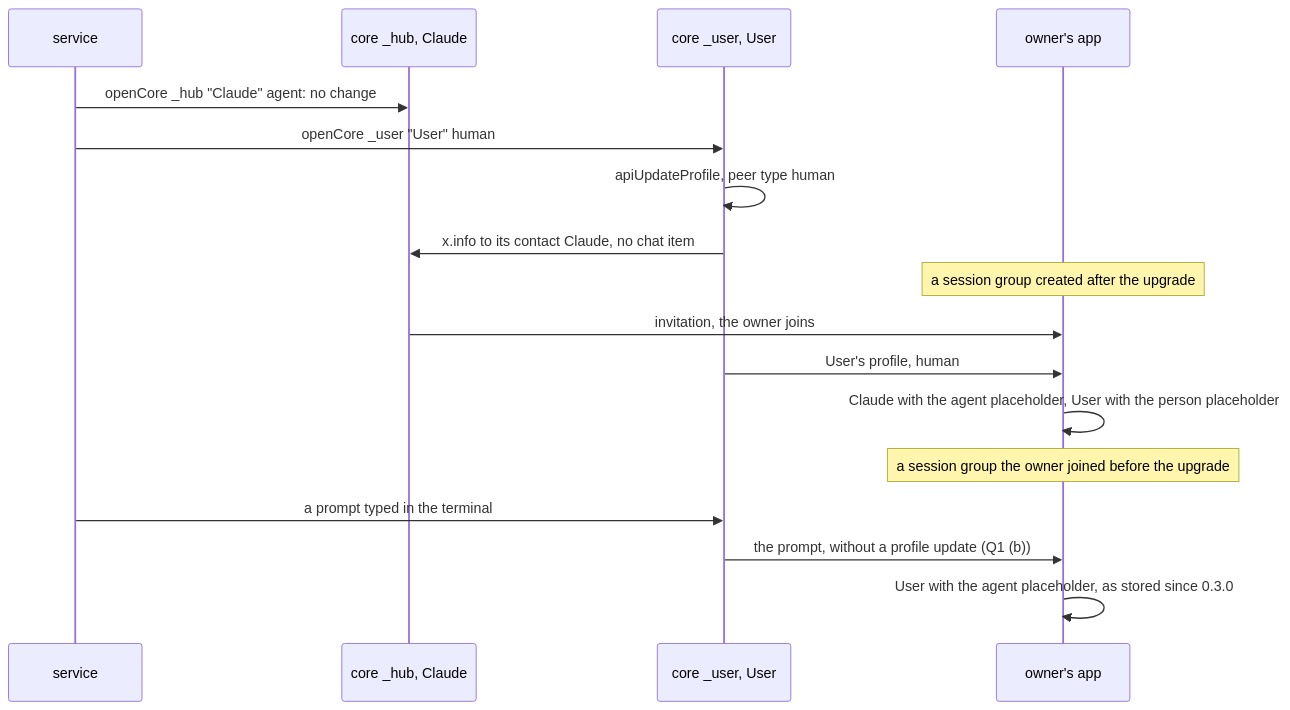
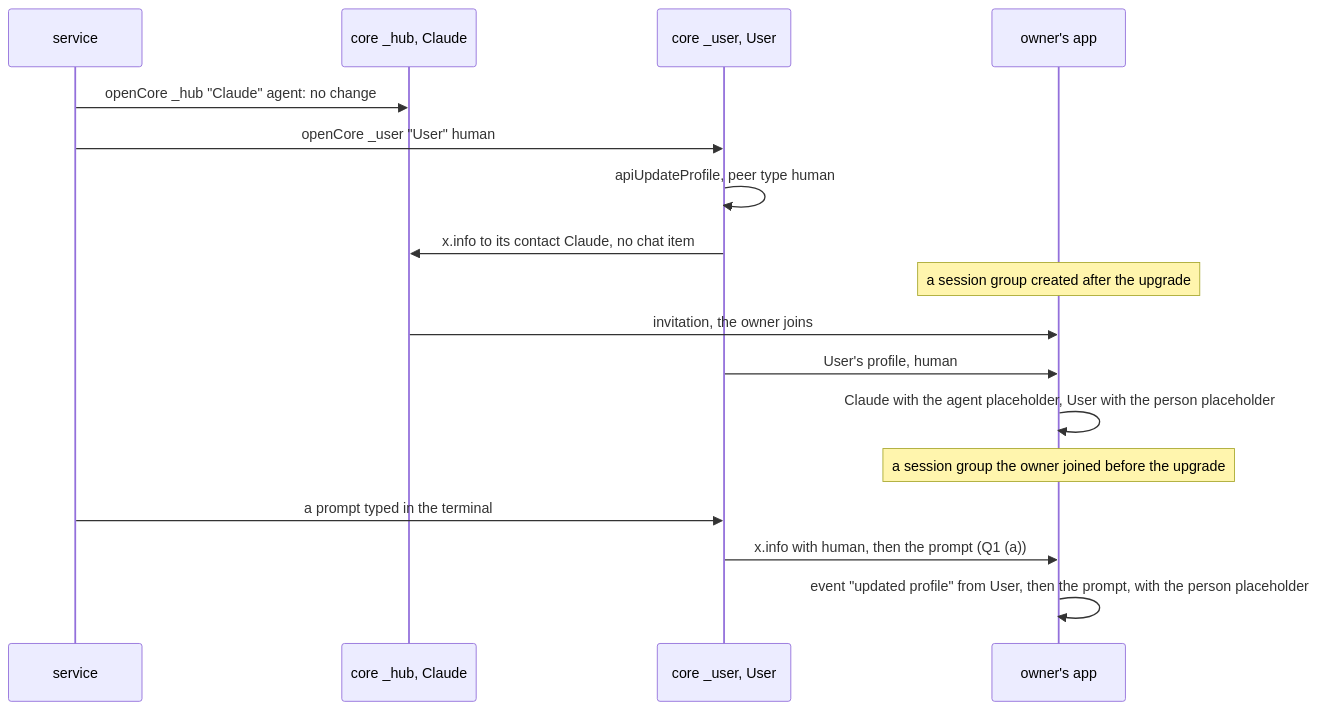
Before and after one commit to simplex-chat/simplex-chat: the first of 2 diagrams in plans/2026-11-12-mcp-agent-profile.md, drawn with Mermaid. The commit also changed other lines of this file, not shown here.

Commit message:
plan: mcp-agent-profile, Q1 (a)

````diff
--- a/plans/2026-11-12-mcp-agent-profile.md
+++ b/plans/2026-11-12-mcp-agent-profile.md
@@ -89,19 +91,19 @@
 ```mermaid
 sequenceDiagram
   participant D as service
   participant C as core _hub, Claude
   participant U as core _user, User
   participant O as owner's app
   D->>C: openCore _hub "Claude" agent: no change
   D->>U: openCore _user "User" human
   U->>U: apiUpdateProfile, peer type human
   U->>C: x.info to its contact Claude, no chat item
   Note over O: a session group created after the upgrade
   C->>O: invitation, the owner joins
   U->>O: User's profile, human
   O->>O: Claude with the agent placeholder, User with the person placeholder
   Note over O: a session group the owner joined before the upgrade
   D->>U: a prompt typed in the terminal
-  U->>O: the prompt, without a profile update (Q1 (b))
-  O->>O: User with the agent placeholder, as stored since 0.3.0
+  U->>O: x.info with human, then the prompt (Q1 (a))
+  O->>O: event "updated profile" from User, then the prompt, with the person placeholder
 ```
````
